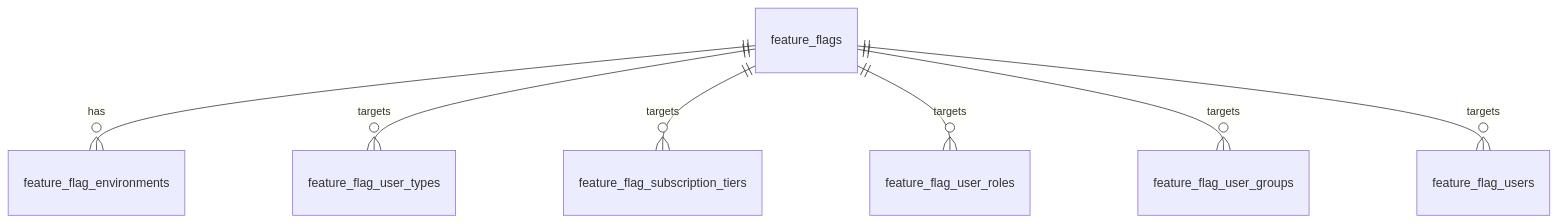
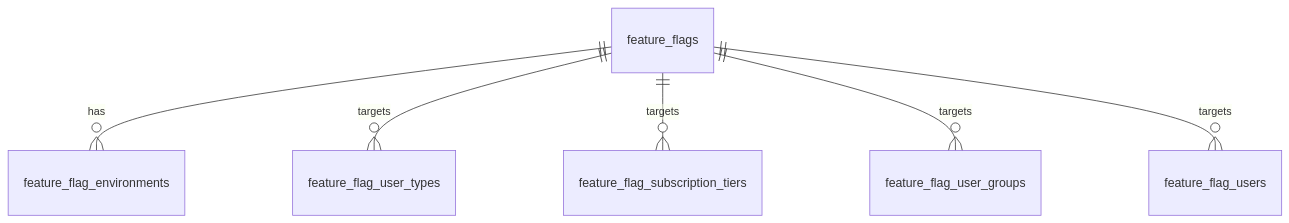
The third of 6 diagrams in apps/web/src/features/feature-flags/FEATURE_FLAG_SYSTEM.md (erikpr1994/peakHealth), drawn with Mermaid before and after one commit. The commit also changed other lines of this file and 1 other file, not shown here.

Commit message:
docs(feature-flags): update system docs and role/group filtering to remove legacy roles and resolved caveats

````diff
--- a/apps/web/src/features/feature-flags/FEATURE_FLAG_SYSTEM.md
+++ b/apps/web/src/features/feature-flags/FEATURE_FLAG_SYSTEM.md
@@ -125,9 +124,8 @@
 ```mermaid
 erDiagram
   feature_flags ||--o{ feature_flag_environments : has
   feature_flags ||--o{ feature_flag_user_types : targets
   feature_flags ||--o{ feature_flag_subscription_tiers : targets
-  feature_flags ||--o{ feature_flag_user_roles : targets
   feature_flags ||--o{ feature_flag_user_groups : targets
   feature_flags ||--o{ feature_flag_users : targets
 ```
````
